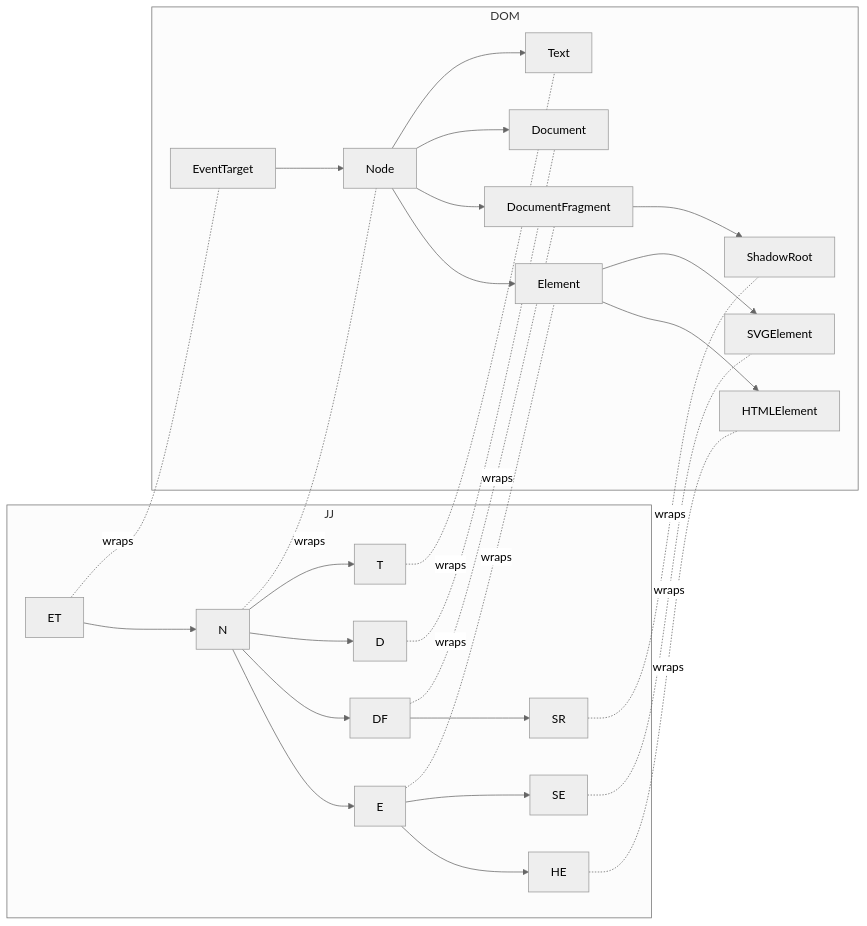
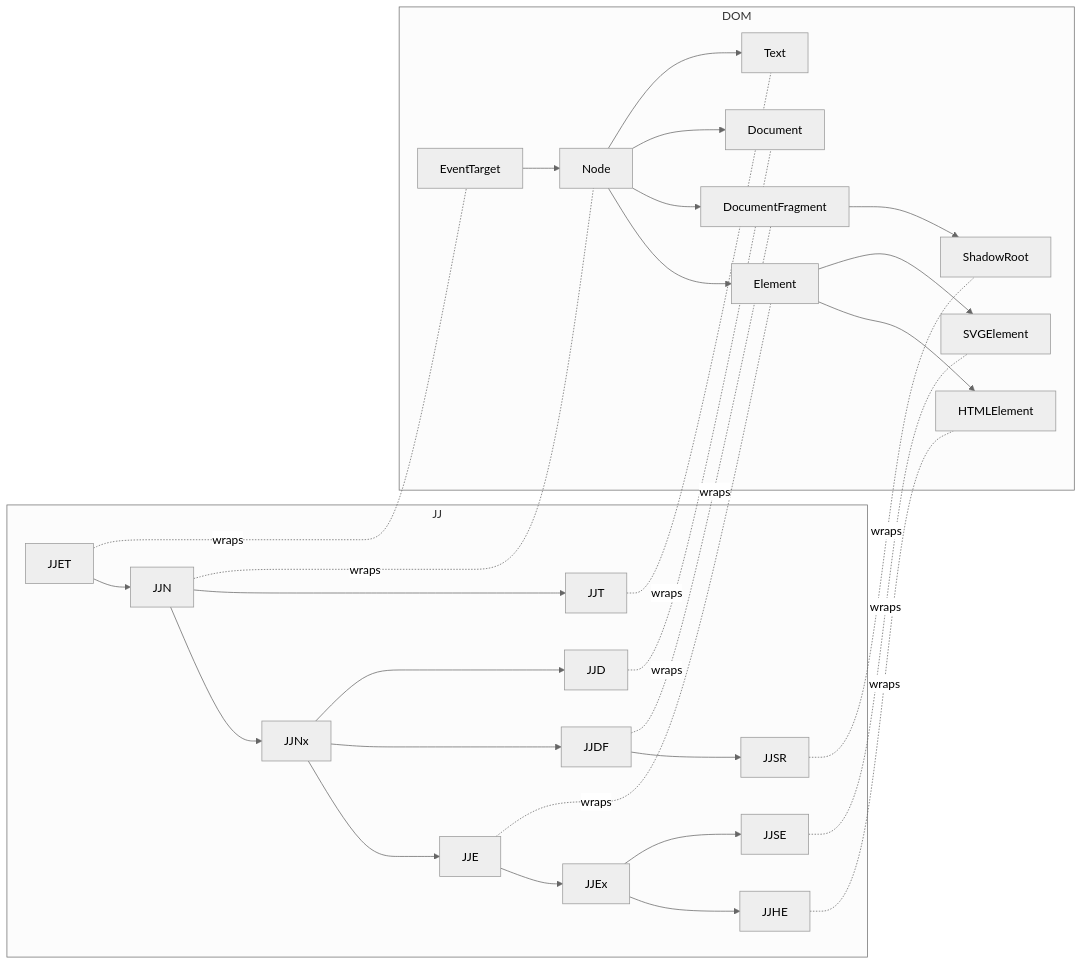
Before and after one commit to alexewerlof/jj: the diagram in www/tutorial/wrappers.md, drawn with Mermaid (neutral theme). The commit also changed 9 other files, not shown here.

Commit message:
use JJNx and JJEx to add functionality to children

````diff
--- a/www/tutorial/wrappers.md
+++ b/www/tutorial/wrappers.md
@@ -3,40 +3,45 @@
 ```mermaid
 flowchart LR
     subgraph JJ
-        ET --> N
+        JJET --> JJN
 
-        N --> E
-        N --> DF
-        N --> D
-        N --> T
+        JJN --> JJNx
 
-        DF --> SR
+        JJN --> JJT
 
-        E --> HE
-        E --> SE
+        JJNx --> JJE
+        JJNx --> JJDF
+        JJNx --> JJD
+
+        JJDF --> JJSR
+
+        JJE --> JJEx
+
+        JJEx --> JJHE
+        JJEx --> JJSE
     end
 
     subgraph DOM
         EventTarget --> Node
 
         Node --> Element
         Node --> DocumentFragment
         Node --> Document
         Node --> Text
 
         DocumentFragment --> ShadowRoot
 
         Element --> HTMLElement
         Element --> SVGElement
     end
 
-    ET -.wraps.- EventTarget
-    N -.wraps.- Node
-    DF -.wraps.- DocumentFragment
-    SR -.wraps.- ShadowRoot
-    D -.wraps.- Document
-    T -.wraps.- Text
-    E -.wraps.- Element
-    HE -.wraps.- HTMLElement
-    SE -.wraps.- SVGElement
+    JJET -.wraps.- EventTarget
+    JJN -.wraps.- Node
+    JJDF -.wraps.- DocumentFragment
+    JJSR -.wraps.- ShadowRoot
+    JJD -.wraps.- Document
+    JJT -.wraps.- Text
+    JJE -.wraps.- Element
+    JJHE -.wraps.- HTMLElement
+    JJSE -.wraps.- SVGElement
 ```
````
